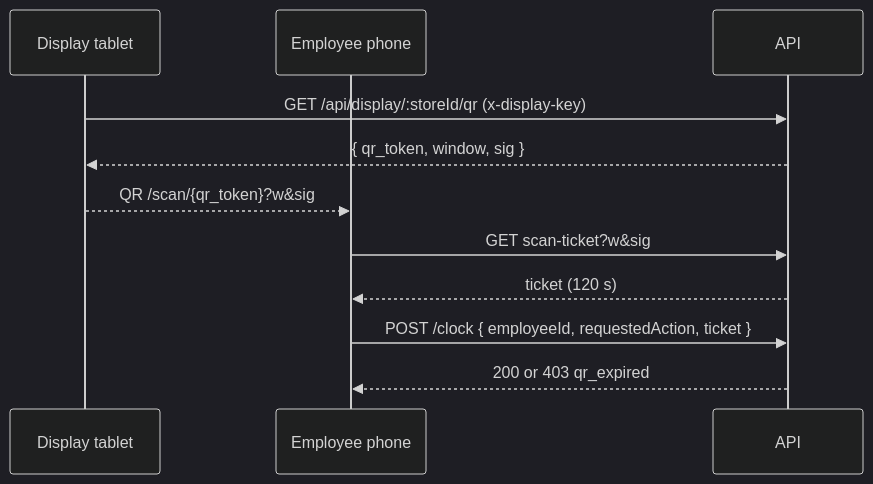
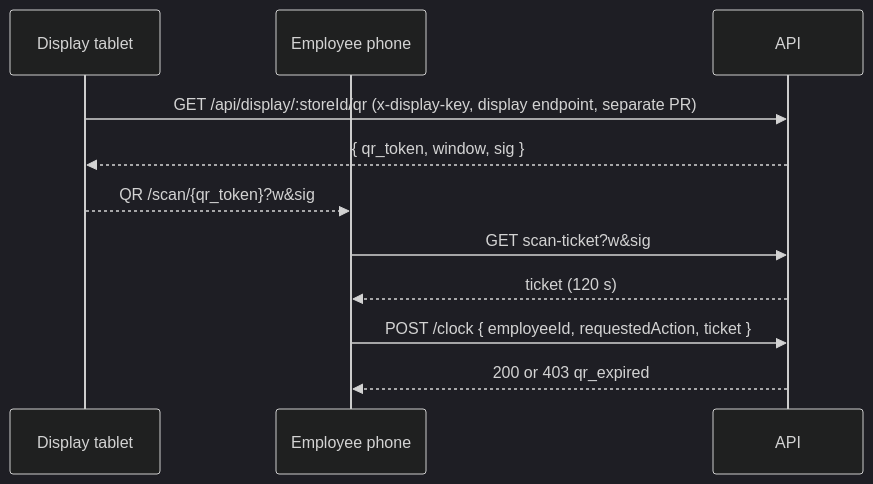
The third of 3 diagrams in docs/architecture.md (alexh0810/qr-shift), drawn with Mermaid (dark theme) before and after one commit. The commit also changed 2 other files, not shown here.

Commit message:
Tighten clock ticket tests and docs

````diff
--- a/docs/architecture.md
+++ b/docs/architecture.md
@@ -113,13 +113,13 @@
 ```mermaid
 sequenceDiagram
   participant T as Display tablet
   participant E as Employee phone
   participant A as API
-  T->>A: GET /api/display/:storeId/qr (x-display-key)
+  T->>A: GET /api/display/:storeId/qr (x-display-key, display endpoint, separate PR)
   A-->>T: { qr_token, window, sig }
   T-->>E: QR /scan/{qr_token}?w&sig
   E->>A: GET scan-ticket?w&sig
   A-->>E: ticket (120 s)
   E->>A: POST /clock { employeeId, requestedAction, ticket }
   A-->>E: 200 or 403 qr_expired
 ```
````
